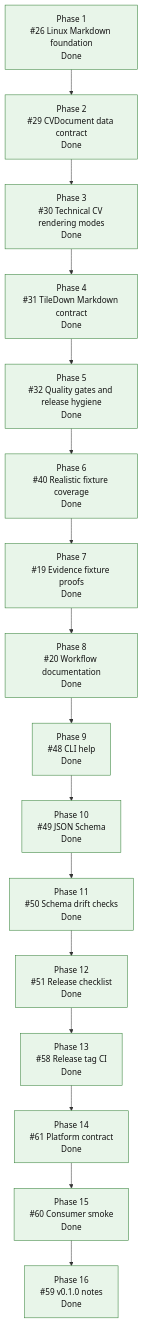
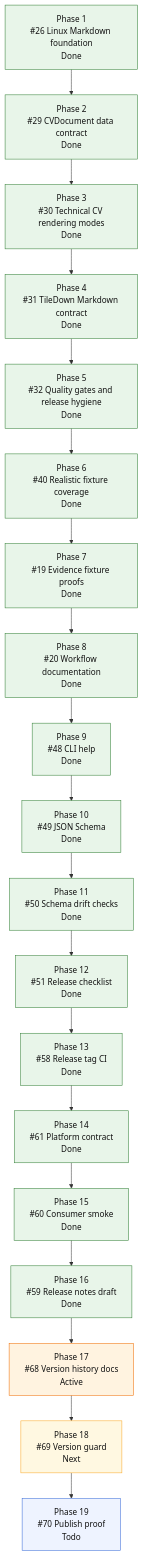
One commit to mihaelamj/cvbuilder changed the diagram in README.md. Above: the diagram before and after it, drawn with Mermaid. The commit also changed other lines of this file and 4 other files, not shown here.

Commit message:
docs(release): reconcile release version history

````diff
--- a/README.md
+++ b/README.md
@@ -167,30 +169,36 @@
 ```mermaid
 flowchart TD
     P1["Phase 1<br/>#26 Linux Markdown foundation<br/>Done"]
     P2["Phase 2<br/>#29 CVDocument data contract<br/>Done"]
     P3["Phase 3<br/>#30 Technical CV rendering modes<br/>Done"]
     P4["Phase 4<br/>#31 TileDown Markdown contract<br/>Done"]
     P5["Phase 5<br/>#32 Quality gates and release hygiene<br/>Done"]
     P6["Phase 6<br/>#40 Realistic fixture coverage<br/>Done"]
     P7["Phase 7<br/>#19 Evidence fixture proofs<br/>Done"]
     P8["Phase 8<br/>#20 Workflow documentation<br/>Done"]
     P9["Phase 9<br/>#48 CLI help<br/>Done"]
     P10["Phase 10<br/>#49 JSON Schema<br/>Done"]
     P11["Phase 11<br/>#50 Schema drift checks<br/>Done"]
     P12["Phase 12<br/>#51 Release checklist<br/>Done"]
     P13["Phase 13<br/>#58 Release tag CI<br/>Done"]
     P14["Phase 14<br/>#61 Platform contract<br/>Done"]
     P15["Phase 15<br/>#60 Consumer smoke<br/>Done"]
-    P16["Phase 16<br/>#59 v0.1.0 notes<br/>Done"]
+    P16["Phase 16<br/>#59 Release notes draft<br/>Done"]
+    P17["Phase 17<br/>#68 Version history docs<br/>Active"]
+    P18["Phase 18<br/>#69 Version guard<br/>Next"]
+    P19["Phase 19<br/>#70 Publish proof<br/>Todo"]
 
-    P1 --> P2 --> P3 --> P4 --> P5 --> P6 --> P7 --> P8 --> P9 --> P10 --> P11 --> P12 --> P13 --> P14 --> P15 --> P16
+    P1 --> P2 --> P3 --> P4 --> P5 --> P6 --> P7 --> P8 --> P9 --> P10 --> P11 --> P12 --> P13 --> P14 --> P15 --> P16 --> P17 --> P18 --> P19
 
     classDef done fill:#e8f5e9,stroke:#2e7d32,color:#111;
     classDef active fill:#fff3e0,stroke:#ef6c00,color:#111;
     classDef review fill:#e8f0fe,stroke:#1a73e8,color:#111;
     classDef next fill:#fff8e1,stroke:#f9a825,color:#111;
     classDef partial fill:#e0f7fa,stroke:#00838f,color:#111;
     classDef todo fill:#eef3ff,stroke:#3367d6,color:#111;
     class P1,P2,P3,P4 done;
     class P5,P6,P7,P8,P9,P10,P11,P12,P13,P14,P15,P16 done;
+    class P17 active;
+    class P18 next;
+    class P19 todo;
 ```
````
